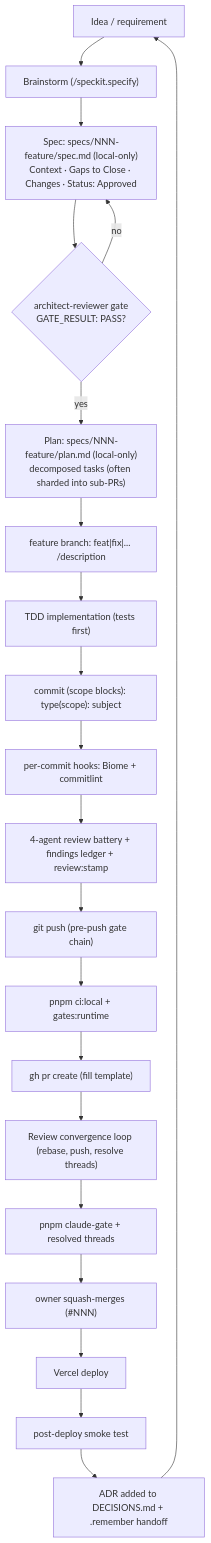
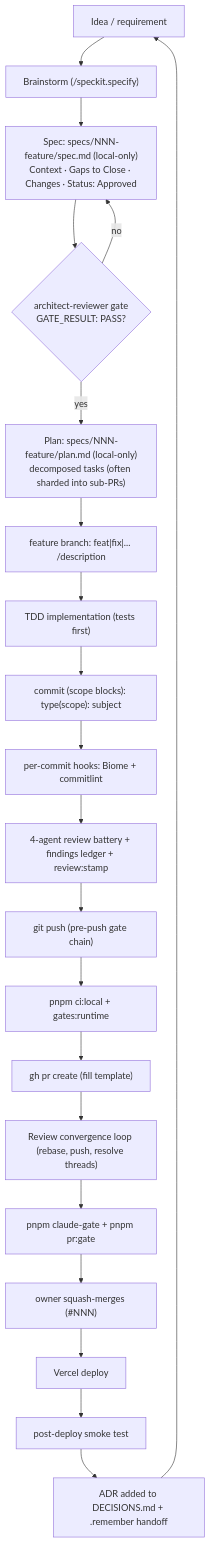
The first of 2 diagrams in docs/handbook/development-lifecycle.md (erikunha/portfolio), drawn with Mermaid before and after one commit. The commit also changed other lines of this file and 9 other files, not shown here.

````diff
--- a/docs/handbook/development-lifecycle.md
+++ b/docs/handbook/development-lifecycle.md
@@ -7,23 +7,23 @@
 ```mermaid
 flowchart TD
     idea["Idea / requirement"] --> brainstorm["Brainstorm (/speckit.specify)"]
     brainstorm --> spec["Spec: specs/NNN-feature/spec.md (local-only)<br/>Context · Gaps to Close · Changes · Status: Approved"]
     spec --> agate{"architect-reviewer gate<br/>GATE_RESULT: PASS?"}
     agate -->|no| spec
     agate -->|yes| plan["Plan: specs/NNN-feature/plan.md (local-only)<br/>decomposed tasks (often sharded into sub-PRs)"]
     plan --> branch["feature branch: feat|fix|... /description"]
     branch --> tdd["TDD implementation (tests first)"]
     tdd --> commit["commit (scope blocks): type(scope): subject"]
     commit --> hooks["per-commit hooks: Biome + commitlint"]
     hooks --> battery["4-agent review battery + findings ledger + review:stamp"]
     battery --> push["git push (pre-push gate chain)"]
     push --> readypr["pnpm ci:local + gates:runtime"]
     readypr --> pr["gh pr create (fill template)"]
     pr --> conv["Review convergence loop (rebase, push, resolve threads)"]
-    conv --> readymerge["pnpm claude-gate + resolved threads"]
+    conv --> readymerge["pnpm claude-gate + pnpm pr:gate"]
     readymerge --> merge["owner squash-merges (#NNN)"]
     merge --> deploy["Vercel deploy"]
     deploy --> smoke["post-deploy smoke test"]
     smoke --> adr["ADR added to DECISIONS.md + .remember handoff"]
     adr --> idea
 ```
````
